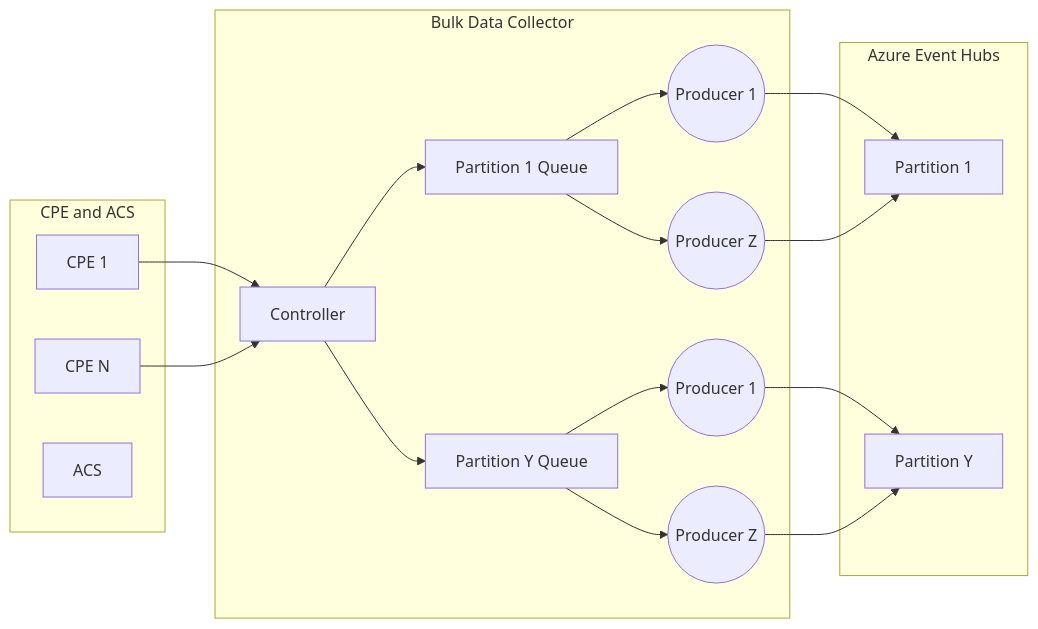
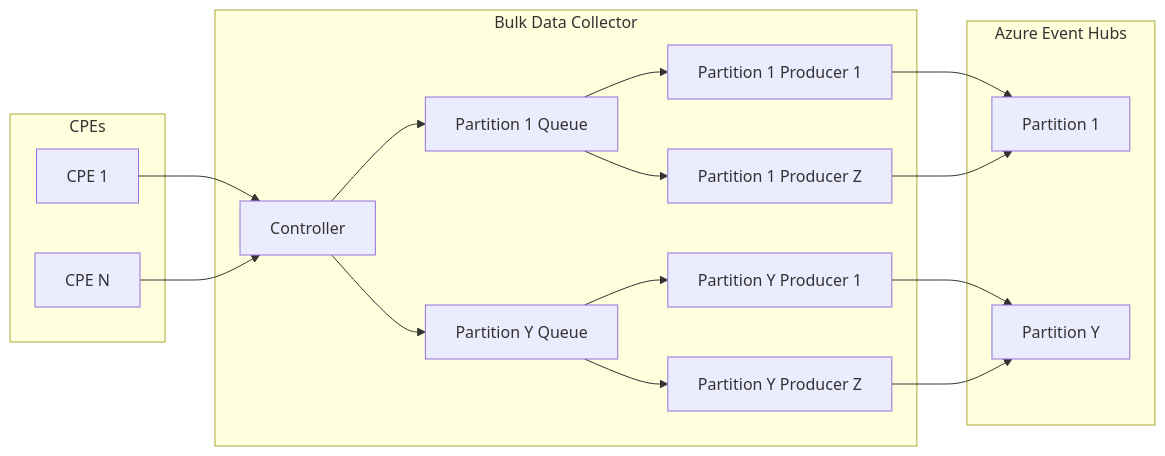
Before and after one commit to zdrgeo/bulk-data-collector: the second of 2 diagrams in readme.md, drawn with Mermaid. The commit also changed other lines of this file and 2 other files, not shown here.

````diff
--- a/readme.md
+++ b/readme.md
@@ -24,23 +36,22 @@
 ```mermaid
 graph LR
     subgraph BDC[Bulk Data Collector]
         C[Controller]
         C --> P1Q[Partition 1 Queue]
-        P1Q --> P1P1((Producer 1))
-        P1Q --> P1Pz((Producer Z))
+        P1Q --> P1P1[Partition 1 Producer 1]
+        P1Q --> P1Pz[Partition 1 Producer Z]
         C --> PyQ[Partition Y Queue]
-        PyQ --> PyP1((Producer 1))
-        PyQ --> PyPz((Producer Z))
+        PyQ --> PyP1[Partition Y Producer 1]
+        PyQ --> PyPz[Partition Y Producer Z]
     end
-    subgraph CPEandACS[CPE and ACS]
+    subgraph CPEs[CPEs]
         CPE1[CPE 1] --> C
         CPEn[CPE N] --> C
-        ACS[ACS]
     end
     subgraph AEH[Azure Event Hubs]
         P1P1 --> P1[Partition 1]
         P1Pz --> P1[Partition 1]
         PyP1 --> Py[Partition Y]
         PyPz --> Py[Partition Y]
     end
 ```
````
